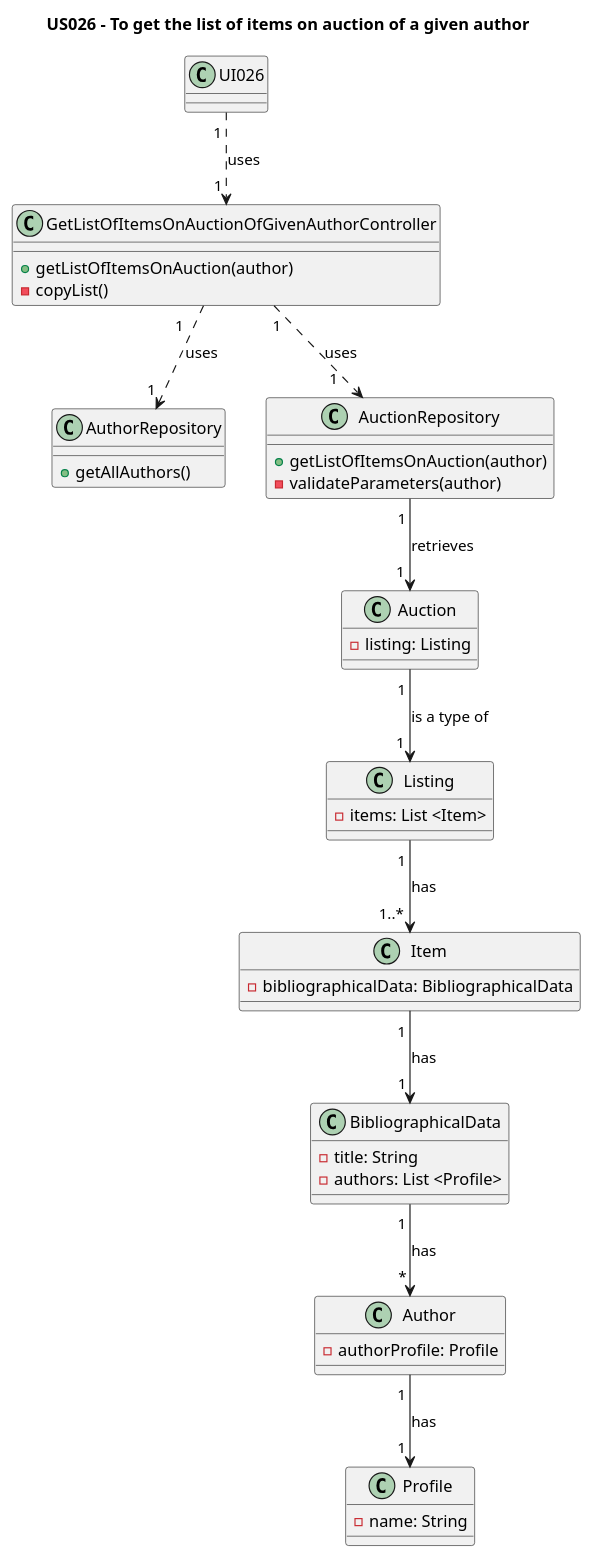
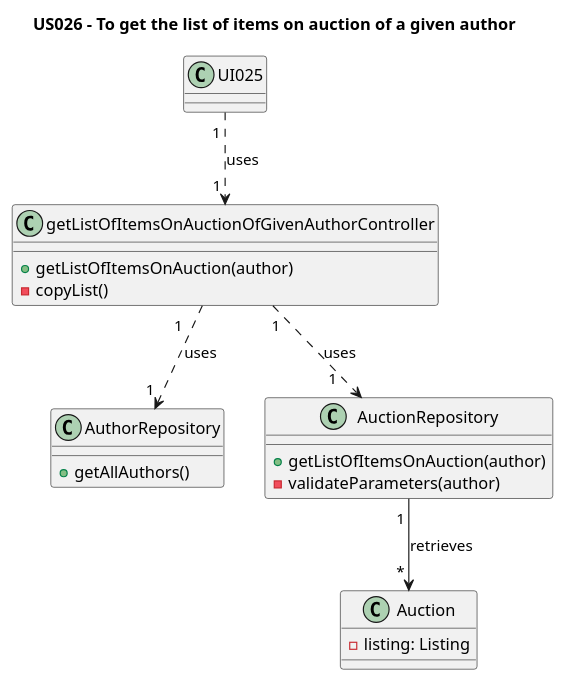
The diagram in Diagrams/ClassDiagrams/US026-to-get-the-list-of-items-on-auction-of-a-given-author.puml (AndrePereiraGitH/SWitCH-Project-Team_A), drawn with PlantUML before and after one commit. The commit also changed 1 other file, not shown here.

```diff
--- a/Diagrams/ClassDiagrams/US026-to-get-the-list-of-items-on-auction-of-a-given-author.puml
+++ b/Diagrams/ClassDiagrams/US026-to-get-the-list-of-items-on-auction-of-a-given-author.puml
@@ -1,59 +1,62 @@
 @startuml
 title US026 - To get the list of items on auction of a given author
 
-class UI026{
+class UI025{
 
 }
 
-class GetListOfItemsOnAuctionOfGivenAuthorController {
+class getListOfItemsOnAuctionOfGivenAuthorController {
   +getListOfItemsOnAuction(author)
   -copyList()
 }
 
 class AuthorRepository{
     +getAllAuthors()
 }
-
+/'
 class Author {
   -authorProfile: Profile
 }
 
 class Profile {
   -name: String
 }
-
+'/
 class AuctionRepository {
   +getListOfItemsOnAuction(author)
   -validateParameters(author)
 }
 
 class Auction {
   - listing: Listing
 }
-
+/'
 class Listing {
   - items: List <Item>
 }
 
 class Item {
     - bibliographicalData: BibliographicalData
 }
 
 class BibliographicalData {
     - title: String
     - authors: List <Profile>
     }
+  '/
 
 ' Interactions
 
-UI026 "1 " ..> "1 " GetListOfItemsOnAuctionOfGivenAuthorController : uses
-GetListOfItemsOnAuctionOfGivenAuthorController  " 1" ..> "1    " AuctionRepository : uses
-GetListOfItemsOnAuctionOfGivenAuthorController "1    " ..> "1 " AuthorRepository: uses
-AuctionRepository "1 " --> " 1 " Auction : retrieves
-Auction "1 " --> " 1 " Listing : is a type of
+UI025 "1 " ..> "1 " getListOfItemsOnAuctionOfGivenAuthorController : uses
+getListOfItemsOnAuctionOfGivenAuthorController  " 1" ..> "1    " AuctionRepository : uses
+getListOfItemsOnAuctionOfGivenAuthorController "1    " ..> "1 " AuthorRepository: uses
+AuctionRepository "1 " --> " * " Auction : retrieves
+/'
+DirectSale "1 " --> " 1 " Listing : is a type of
 BibliographicalData "1 " --> "          *" Author : has
 Author "1 " --> "1 " Profile : has
 Listing "1 " --> "          1..*" Item: has
 Item "1 " --> "          1" BibliographicalData: has
+'/
 
 @enduml
```
